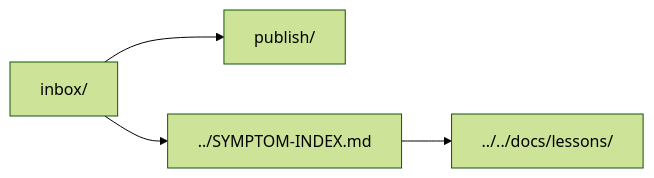
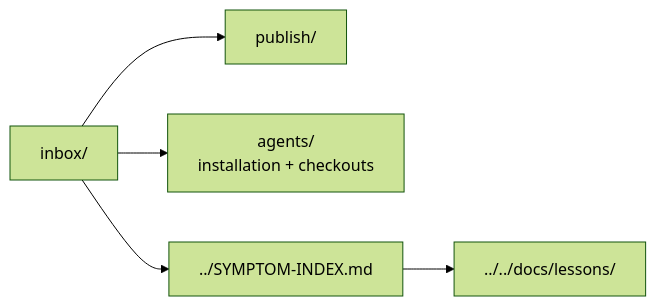
The diagram in .agents/inbox/README.md (Valpatel/cad-agent), drawn with Mermaid (forest theme) before and after one commit. The commit also changed other lines of this file and 7 other files, not shown here.

````diff
--- a/.agents/inbox/README.md
+++ b/.agents/inbox/README.md
@@ -6,6 +6,7 @@
 ```mermaid
 flowchart LR
     I["inbox/"] --> P["publish/"]
+    I --> A["agents/<br/>installation + checkouts"]
     I --> S["../SYMPTOM-INDEX.md"]
     S --> L["../../docs/lessons/"]
 ```
````
